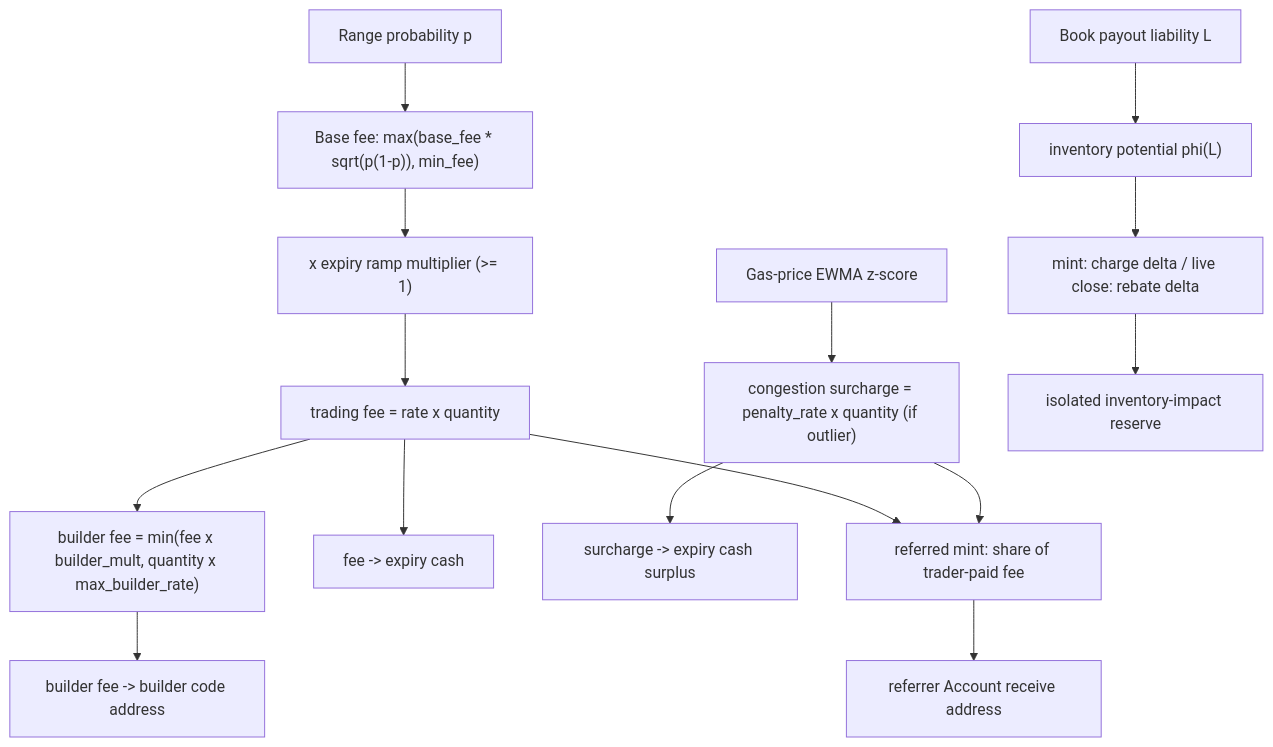
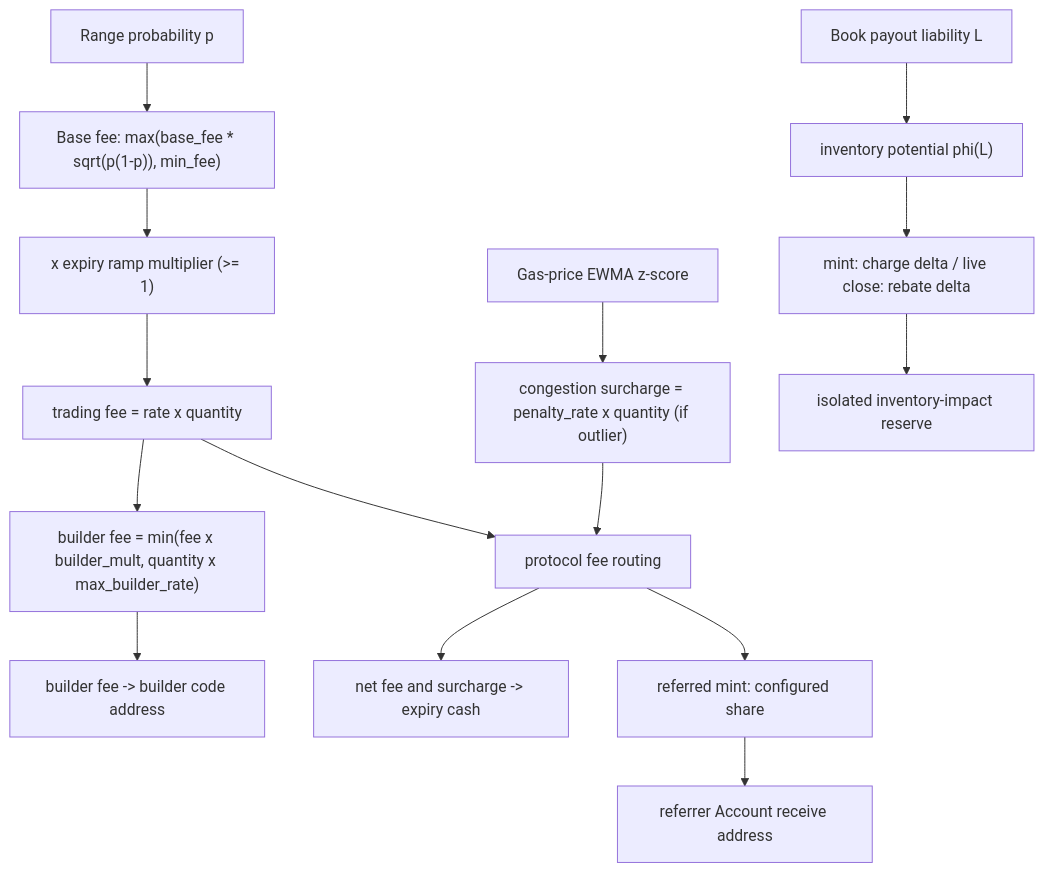
One commit to MystenLabs/deepbookv3 changed the diagram in packages/predict/docs/concepts/fees-and-rebates.md. Above: the diagram before and after it, drawn with Mermaid. The commit also changed other lines of this file and 1 other file, not shown here.

Commit message:
predict: tighten referral review evidence

````diff
--- a/packages/predict/docs/concepts/fees-and-rebates.md
+++ b/packages/predict/docs/concepts/fees-and-rebates.md
@@ -166,17 +166,17 @@
 ```mermaid
 flowchart TD
     P[Range probability p] --> BF["Base fee: max(base_fee * sqrt(p(1-p)), min_fee)"]
     BF --> RAMP["x expiry ramp multiplier (>= 1)"]
     RAMP --> FEE[trading fee = rate x quantity]
     FEE --> BUILD["builder fee = min(fee x builder_mult, quantity x max_builder_rate)"]
     GAS[Gas-price EWMA z-score] --> CONG["congestion surcharge = penalty_rate x quantity (if outlier)"]
-    FEE --> COLLECT[fee -> expiry cash]
     BUILD --> BUILDER[builder fee -> builder code address]
-    CONG --> SURPLUS[surcharge -> expiry cash surplus]
-    FEE --> REF[referred mint: share of trader-paid fee]
-    CONG --> REF
+    FEE --> ROUTE[protocol fee routing]
+    CONG --> ROUTE
+    ROUTE --> COLLECT[net fee and surcharge -> expiry cash]
+    ROUTE --> REF[referred mint: configured share]
     REF --> RACCOUNT[referrer Account receive address]
     L[Book payout liability L] --> PHI["inventory potential phi(L)"]
     PHI --> IMPACT["mint: charge delta / live close: rebate delta"]
     IMPACT --> IRESERVE[isolated inventory-impact reserve]
 ```
````
